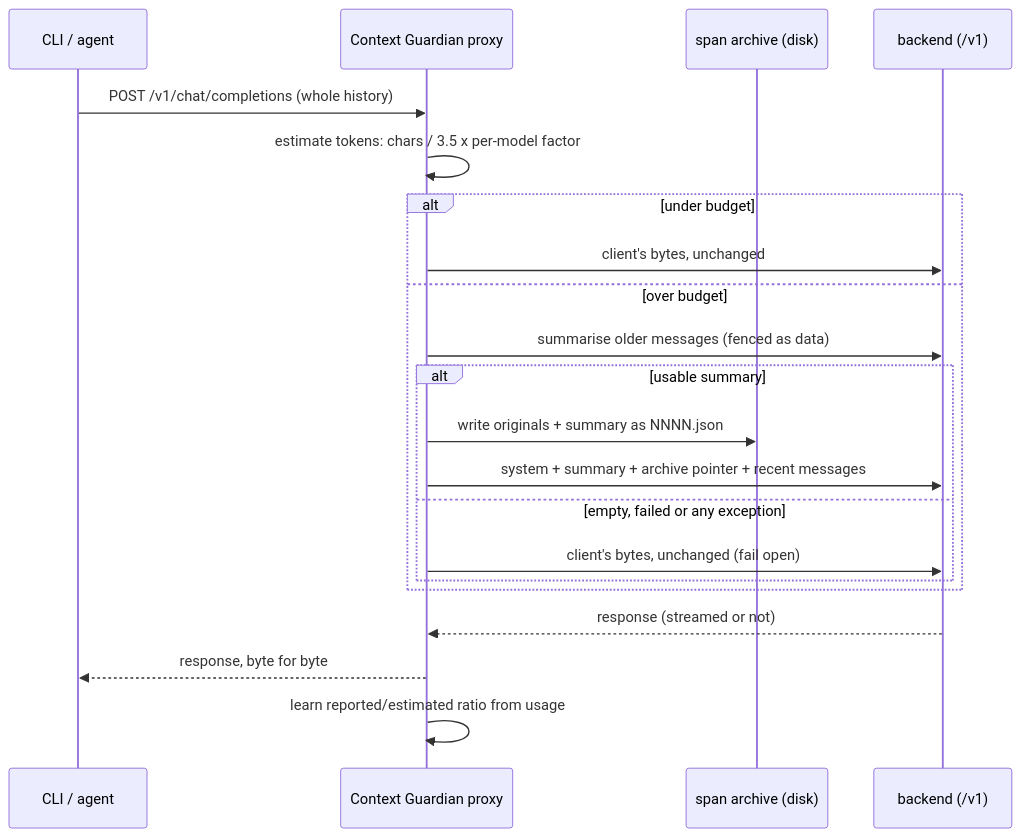
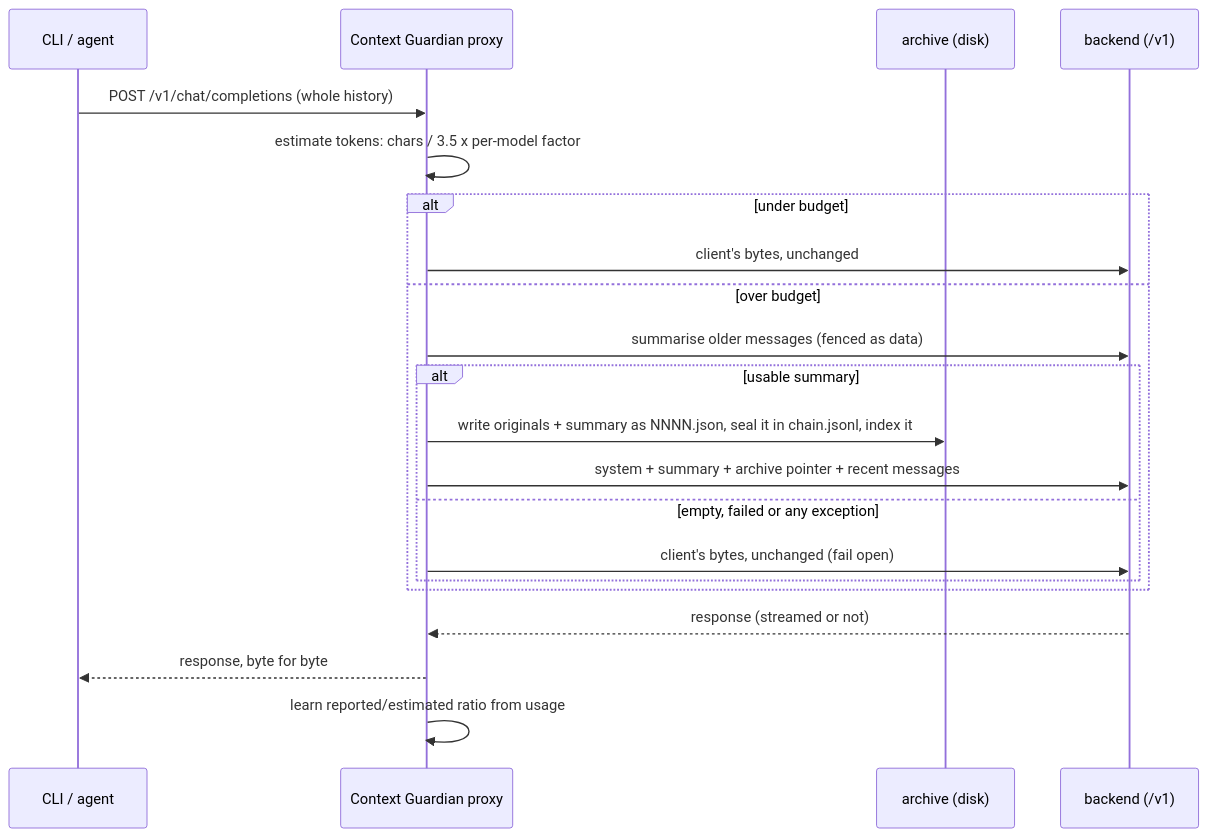
One commit to LuminariSoftwares/context-guardian changed the diagram in README.md. Above: the diagram before and after it, drawn with Mermaid. The commit also changed other lines of this file and 10 other files, not shown here.

````diff
--- a/README.md
+++ b/README.md
@@ -189,23 +210,23 @@
 ```mermaid
 sequenceDiagram
     participant C as CLI / agent
     participant G as Context Guardian proxy
-    participant A as span archive (disk)
+    participant A as archive (disk)
     participant B as backend (/v1)
     C->>G: POST /v1/chat/completions (whole history)
     G->>G: estimate tokens: chars / 3.5 x per-model factor
     alt under budget
         G->>B: client's bytes, unchanged
     else over budget
         G->>B: summarise older messages (fenced as data)
         alt usable summary
-            G->>A: write originals + summary as NNNN.json
+            G->>A: write originals + summary as NNNN.json, seal it in chain.jsonl, index it
             G->>B: system + summary + archive pointer + recent messages
         else empty, failed or any exception
             G->>B: client's bytes, unchanged (fail open)
         end
     end
     B-->>G: response (streamed or not)
     G-->>C: response, byte for byte
     G->>G: learn reported/estimated ratio from usage
 ```
````
